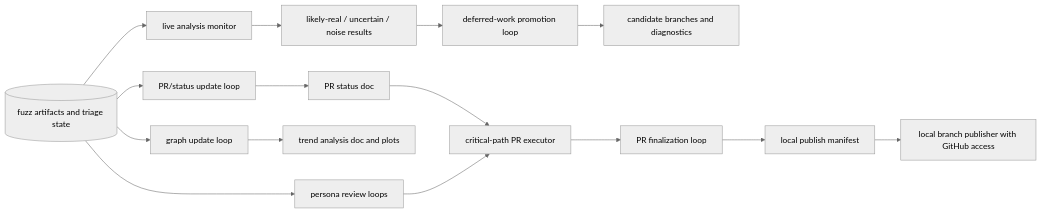
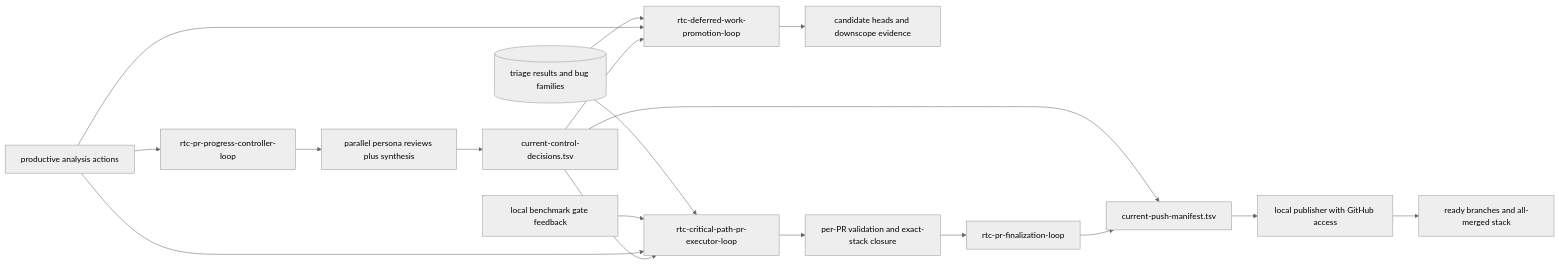
The fifth of 7 diagrams in docs/explanations/architecture/rtc-jetstream2-fuzzing-architecture-and-loops-20260515.md (danluu/gutenberg), drawn with Mermaid (neutral theme) before and after one commit. The commit also changed other lines of this file, not shown here.

Commit message:
Update Jetstream RTC loop architecture diagrams

````diff
--- a/docs/explanations/architecture/rtc-jetstream2-fuzzing-architecture-and-loops-20260515.md
+++ b/docs/explanations/architecture/rtc-jetstream2-fuzzing-architecture-and-loops-20260515.md
@@ -185,19 +248,23 @@
 ```mermaid
 flowchart LR
-    Artifacts[(fuzz artifacts and triage state)] --> LiveAnalysis[live analysis monitor]
-    Artifacts --> GraphLoop[graph update loop]
-    Artifacts --> StatusLoop[PR/status update loop]
-    Artifacts --> PersonaLoops[persona review loops]
+    Triage[(triage results and bug families)] --> Deferred[rtc-deferred-work-promotion-loop]
+    Triage --> Critical[rtc-critical-path-pr-executor-loop]
+    Benchmark[local benchmark gate feedback] --> Critical
+    Productive[productive analysis actions] --> Critical
+    Productive --> Deferred
+    Productive --> PRController[rtc-pr-progress-controller-loop]
 
-    LiveAnalysis --> TriageResults[likely-real / uncertain / noise results]
-    GraphLoop --> TrendDoc[trend analysis doc and plots]
-    StatusLoop --> PRStatus[PR status doc]
+    PRController --> PersonaWave[parallel persona reviews plus synthesis]
+    PersonaWave --> Decisions[current-control-decisions.tsv]
+    Decisions --> Critical
+    Decisions --> Deferred
+    Decisions --> Manifest[current-push-manifest.tsv]
 
-    TriageResults --> Deferred[deferred-work promotion loop]
-    PRStatus --> Critical[critical-path PR executor]
-    PersonaLoops --> Critical
-    Deferred --> CandidateBranches[candidate branches and diagnostics]
-    Critical --> Finalization[PR finalization loop]
-    Finalization --> PublishManifest[local publish manifest]
-    PublishManifest --> LocalPush[local branch publisher with GitHub access]
+    Deferred --> Candidate[candidate heads and downscope evidence]
+    Critical --> Validation[per-PR validation and exact-stack closure]
+    Validation --> Finalization[rtc-pr-finalization-loop]
+    Finalization --> Manifest
+
+    Manifest --> LocalPublisher[local publisher with GitHub access]
+    LocalPublisher --> Branches[ready branches and all-merged stack]
 ```
````
